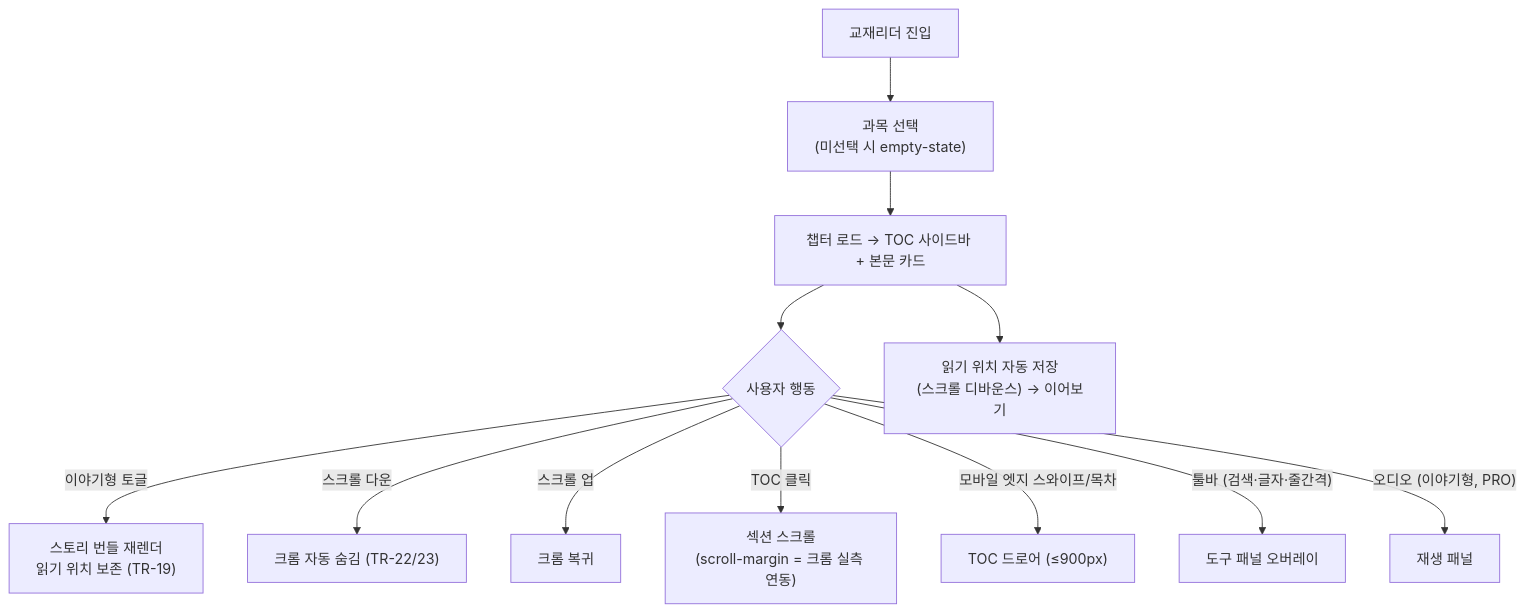
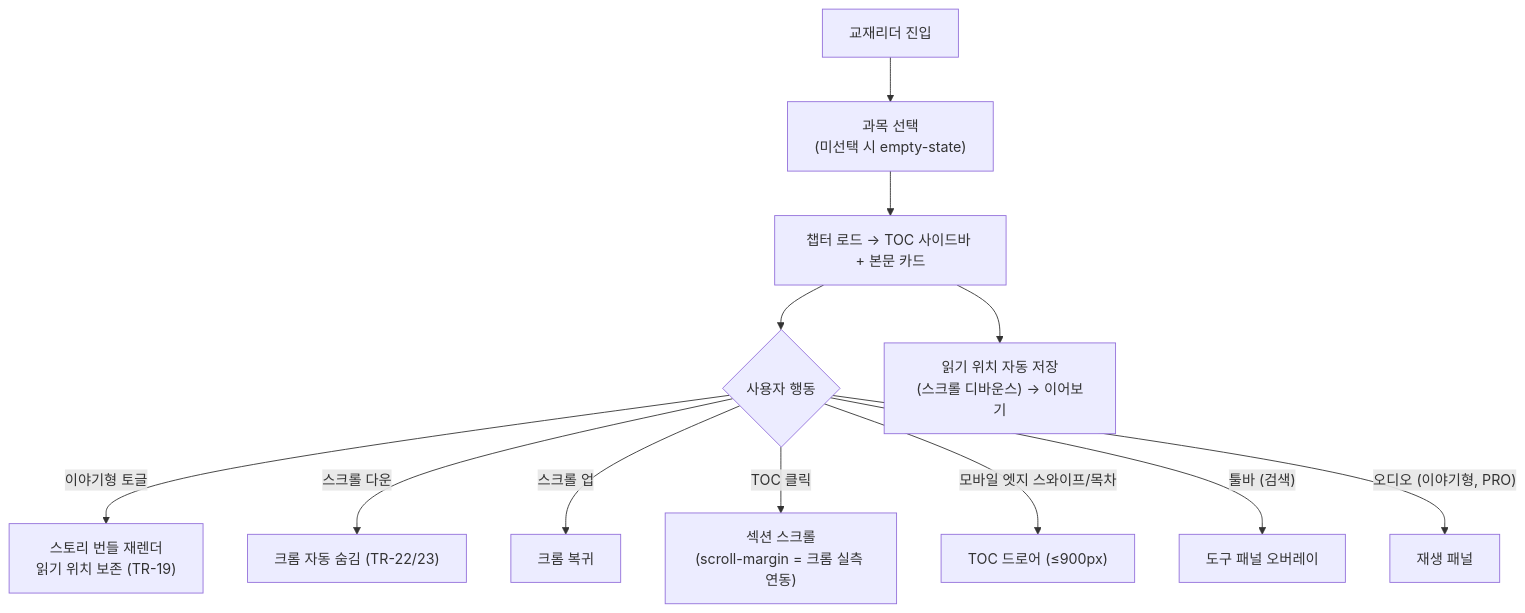
One commit to skygoldlee-cyber/passok changed the third of 8 diagrams in docs/dev/design/USER_FLOW.md. Above: the diagram before and after it, drawn with Mermaid. The commit also changed 15 other files, not shown here.

````diff
--- a/docs/dev/design/USER_FLOW.md
+++ b/docs/dev/design/USER_FLOW.md
@@ -64,14 +64,14 @@
 ```mermaid
 flowchart TD
     A["교재리더 진입"] --> B["과목 선택<br/>(미선택 시 empty-state)"]
     B --> C["챕터 로드 → TOC 사이드바 + 본문 카드"]
     C --> D{"사용자 행동"}
     D -->|"이야기형 토글"| E["스토리 번들 재렌더<br/>읽기 위치 보존 (TR-19)"]
     D -->|"스크롤 다운"| F["크롬 자동 숨김 (TR-22/23)"]
     D -->|"스크롤 업"| G["크롬 복귀"]
     D -->|"TOC 클릭"| H["섹션 스크롤<br/>(scroll-margin = 크롬 실측 연동)"]
     D -->|"모바일 엣지 스와이프/목차"| I["TOC 드로어 (≤900px)"]
-    D -->|"툴바 (검색·글자·줄간격)"| J["도구 패널 오버레이"]
+    D -->|"툴바 (검색)"| J["도구 패널 오버레이"]
     D -->|"오디오 (이야기형, PRO)"| K["재생 패널"]
     C --> L["읽기 위치 자동 저장<br/>(스크롤 디바운스) → 이어보기"]
 ```
````
